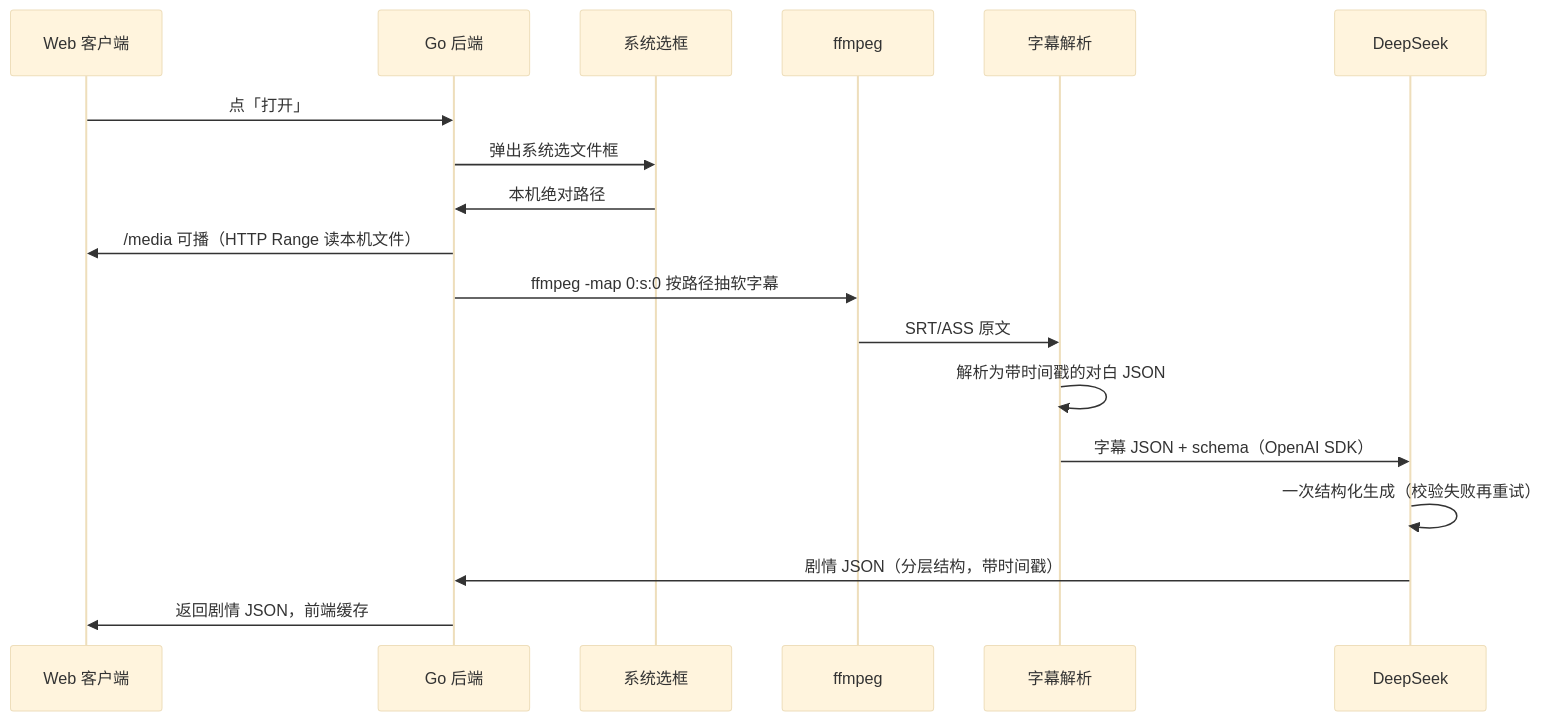
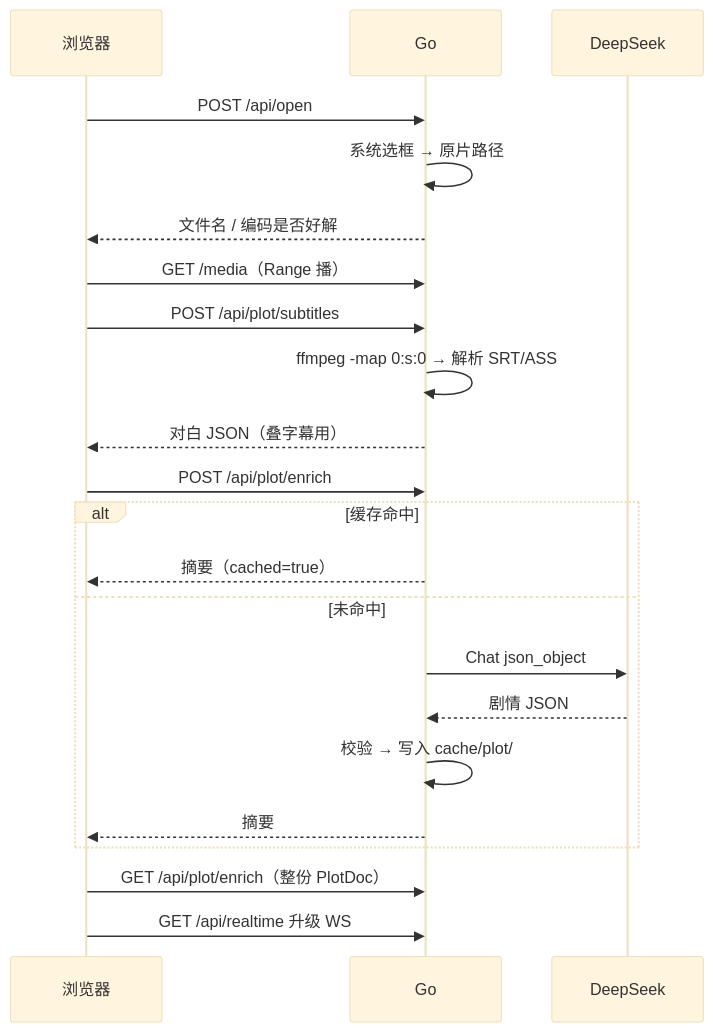
Before and after one commit to lucy971326/WithYou: the first of 2 diagrams in docs/交接文档.md, drawn with Mermaid (base theme). The commit also changed other lines of this file and 67 other files, not shown here.

````diff
--- a/docs/交接文档.md
+++ b/docs/交接文档.md
@@ -14,21 +80,25 @@
 ```mermaid
 sequenceDiagram
-    participant Client as Web 客户端
-    participant Server as Go 后端
-    participant Dialog as 系统选框
-    participant FFmpeg as ffmpeg
-    participant Parser as 字幕解析
-    participant LLM as DeepSeek
+    participant UI as 浏览器
+    participant Go as Go
+    participant DS as DeepSeek
 
-    Client->>Server: 点「打开」
-    Server->>Dialog: 弹出系统选文件框
-    Dialog->>Server: 本机绝对路径
-    Server->>Client: /media 可播（HTTP Range 读本机文件）
-    Server->>FFmpeg: ffmpeg -map 0:s:0 按路径抽软字幕
-    FFmpeg->>Parser: SRT/ASS 原文
-    Parser->>Parser: 解析为带时间戳的对白 JSON
-    Parser->>LLM: 字幕 JSON + schema（OpenAI SDK）
-    LLM->>LLM: 一次结构化生成（校验失败再重试）
-    LLM->>Server: 剧情 JSON（分层结构，带时间戳）
-    Server->>Client: 返回剧情 JSON，前端缓存
+    UI->>Go: POST /api/open
+    Go->>Go: 系统选框 → 原片路径
+    Go-->>UI: 文件名 / 编码是否好解
+    UI->>Go: GET /media（Range 播）
+    UI->>Go: POST /api/plot/subtitles
+    Go->>Go: ffmpeg -map 0:s:0 → 解析 SRT/ASS
+    Go-->>UI: 对白 JSON（叠字幕用）
+    UI->>Go: POST /api/plot/enrich
+    alt 缓存命中
+        Go-->>UI: 摘要（cached=true）
+    else 未命中
+        Go->>DS: Chat json_object
+        DS-->>Go: 剧情 JSON
+        Go->>Go: 校验 → 写入 cache/plot/
+        Go-->>UI: 摘要
+    end
+    UI->>Go: GET /api/plot/enrich（整份 PlotDoc）
+    UI->>Go: GET /api/realtime 升级 WS
 ```
````
